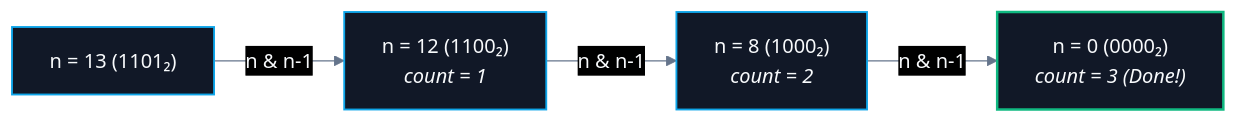
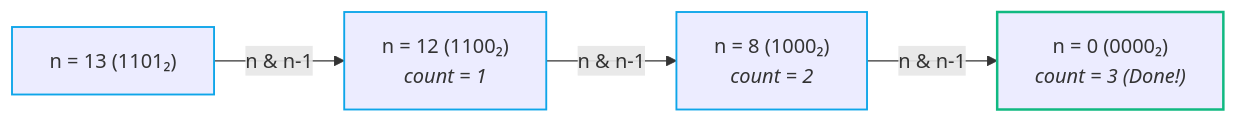
Before and after one commit to abhinavbharti2345/CS_Notes: the second of 2 diagrams in CS/DSA/04. Bit Manipulation/02. Bit Tricks.md, drawn with Mermaid. The commit also changed other lines of this file and 91 other files, not shown here.

````diff
--- a/CS/DSA/04. Bit Manipulation/02. Bit Tricks.md
+++ b/CS/DSA/04. Bit Manipulation/02. Bit Tricks.md
@@ -245,12 +244,11 @@
 ```mermaid
-%%{init: {'theme': 'base', 'themeVariables': { 'darkMode': true, 'background': '#0B0F14', 'mainBkg': '#111827', 'primaryColor': '#111827', 'primaryTextColor': '#F8FAFC', 'primaryBorderColor': '#38BDF8', 'lineColor': '#64748B', 'secondaryColor': '#0B0F14', 'tertiaryColor': '#0B0F14', 'clusterBkg': '#0B0F14', 'clusterBorder': '#38BDF8' }}}%%
 flowchart LR
     A["n = 13 (1101₂)"] -->|n & n-1| B["n = 12 (1100₂)<br/><i>count = 1</i>"]
     B -->|n & n-1| C["n = 8 (1000₂)<br/><i>count = 2</i>"]
     C -->|n & n-1| D["n = 0 (0000₂)<br/><i>count = 3 (Done!)</i>"]
 
-    classDef step fill:#111827,stroke:#0ea5e9,stroke-width:1.5px,color:#F8FAFC;
-    classDef done fill:#111827,stroke:#10b981,stroke-width:2px,color:#F8FAFC;
+    classDef step stroke:#0ea5e9,stroke-width:1.5px;
+    classDef done stroke:#10b981,stroke-width:2px;
     class A,B,C step;
     class D done;
 ```
````
